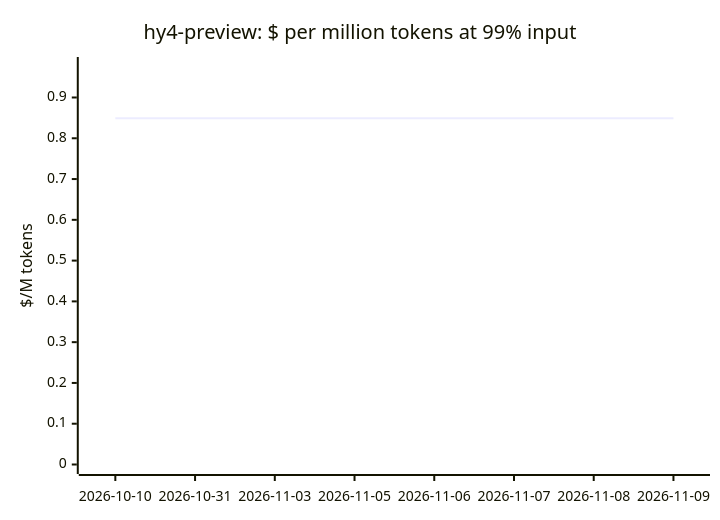
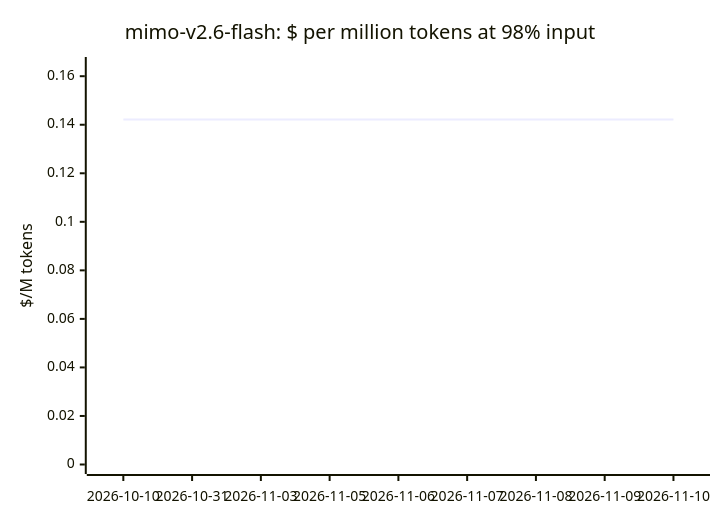
Diagram 17 of 19 in docs/openrouter-models.md (cklukas/OMEGA_TRANSFORM), drawn with Mermaid before and after one commit. The commit also changed other lines of this file and 49 other files, not shown here.

````diff
--- a/docs/openrouter-models.md
+++ b/docs/openrouter-models.md
@@ -286,7 +286,7 @@
 ```mermaid
 xychart-beta
-    title "hy4-preview: $ per million tokens at 99% input"
-    x-axis ["2026-10-10", "2026-10-31", "2026-11-03", "2026-11-05", "2026-11-06", "2026-11-07", "2026-11-08", "2026-11-09"]
-    y-axis "$/M tokens" 0 --> 0.976
-    line [0.849, 0.849, 0.849, 0.849, 0.849, 0.849, 0.849, 0.849]
+    title "mimo-v2.6-flash: $ per million tokens at 98% input"
+    x-axis ["2026-10-10", "2026-10-31", "2026-11-03", "2026-11-05", "2026-11-06", "2026-11-07", "2026-11-08", "2026-11-09", "2026-11-10"]
+    y-axis "$/M tokens" 0 --> 0.164
+    line [0.1422, 0.1422, 0.1422, 0.1422, 0.1422, 0.1422, 0.1422, 0.1422, 0.1422]
 ```
````
